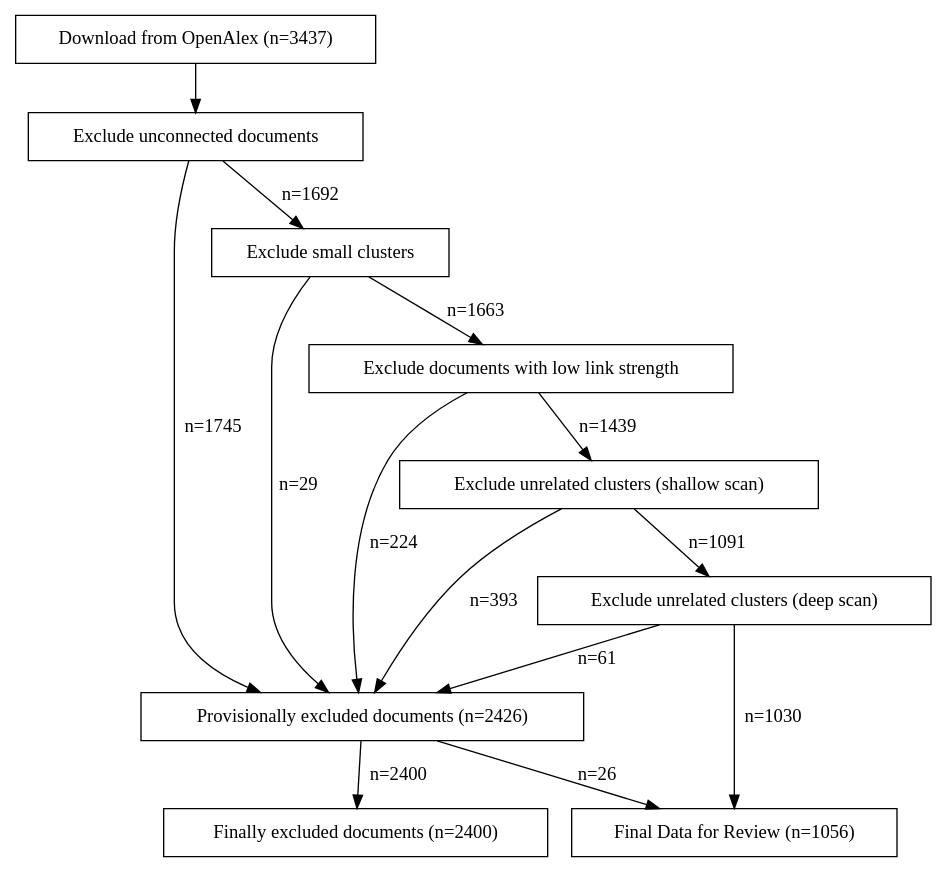
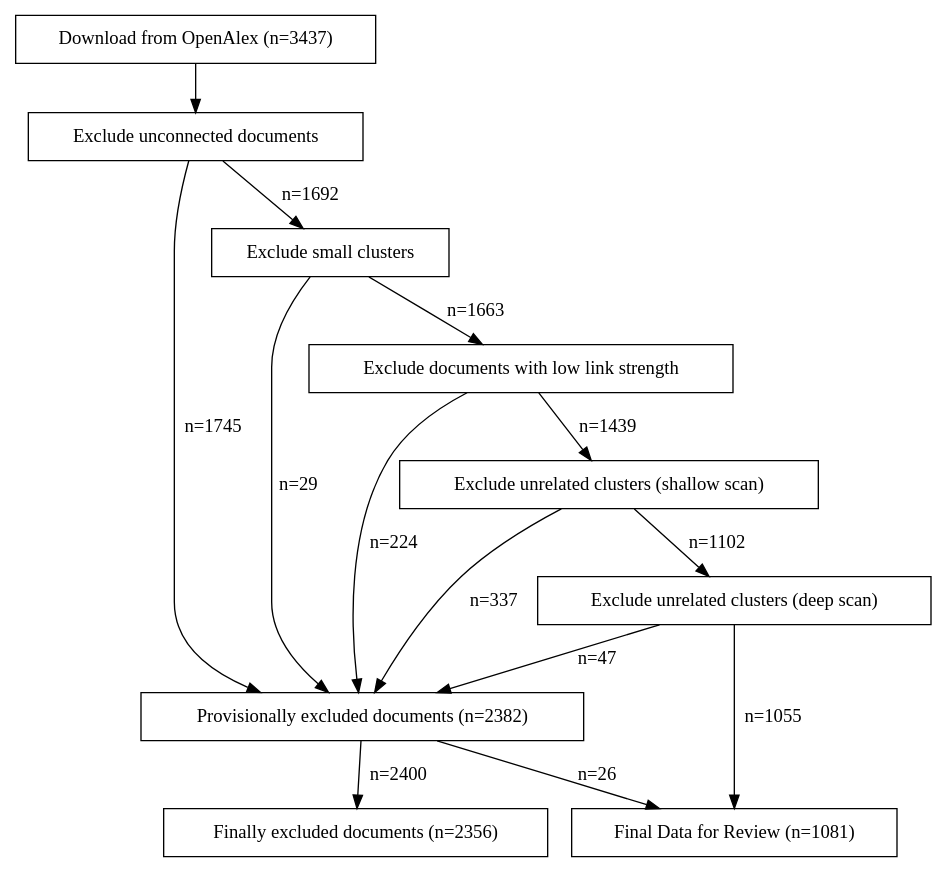
Before and after one commit to florianjehn/bibliometrics: the diagram in docs/flowchart.dot, drawn with Graphviz. The commit also changed 3 other files, not shown here.

```diff
--- a/docs/flowchart.dot
+++ b/docs/flowchart.dot
@@ -1,31 +1,31 @@
 digraph G {
     node [shape=box];
 
     load_data [label="Download from OpenAlex (n=3437)"];
     filter_unconnected_documents [label="Exclude unconnected documents"];
     filter_clusters [label="Exclude small clusters"];
     filter_low_links [label="Exclude documents with low link strength"];
     filter_unrelated_clusters [label="Exclude unrelated clusters (shallow scan)"];
     filter_unrelated_clusters_deep [label="Exclude unrelated clusters (deep scan)"];
-    excluded_documents [label="Provisionally excluded documents (n=2426)"];
-    final_excluded_documents [label="Finally excluded documents (n=2400)"];
-    final_data [label="Final Data for Review (n=1056)"];
+    excluded_documents [label="Provisionally excluded documents (n=2382)"];
+    final_excluded_documents [label="Finally excluded documents (n=2356)"];
+    final_data [label="Final Data for Review (n=1081)"];
 
 
     load_data -> filter_unconnected_documents;
     filter_unconnected_documents -> filter_clusters [label="n=1692"];
     filter_unconnected_documents -> excluded_documents [label="n=1745"];
     filter_clusters -> filter_low_links [label="n=1663"];
     filter_low_links -> excluded_documents [label="n=224"];
     filter_low_links -> filter_unrelated_clusters [label="n=1439"];
-    filter_unrelated_clusters -> excluded_documents [label="n=393"];
-    filter_unrelated_clusters -> filter_unrelated_clusters_deep [label="n=1091"];
-    filter_unrelated_clusters_deep -> excluded_documents [label="n=61"];
-    filter_unrelated_clusters_deep -> final_data [label="n=1030"];
+    filter_unrelated_clusters -> excluded_documents [label="n=337"];
+    filter_unrelated_clusters -> filter_unrelated_clusters_deep [label="n=1102"];
+    filter_unrelated_clusters_deep -> excluded_documents [label="n=47"];
+    filter_unrelated_clusters_deep -> final_data [label="n=1055"];
     filter_clusters -> excluded_documents [label="n=29"];
     excluded_documents -> final_excluded_documents [label="n=2400"];
     excluded_documents -> final_data [label="n=26"];
 
 
     
 }
```
